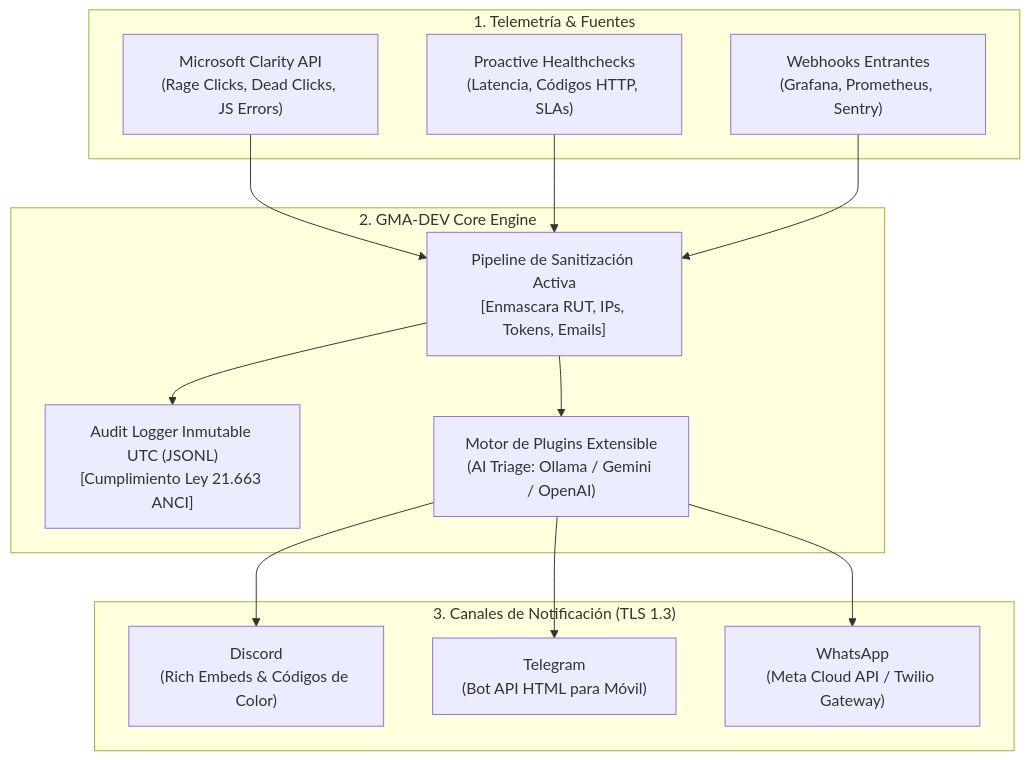
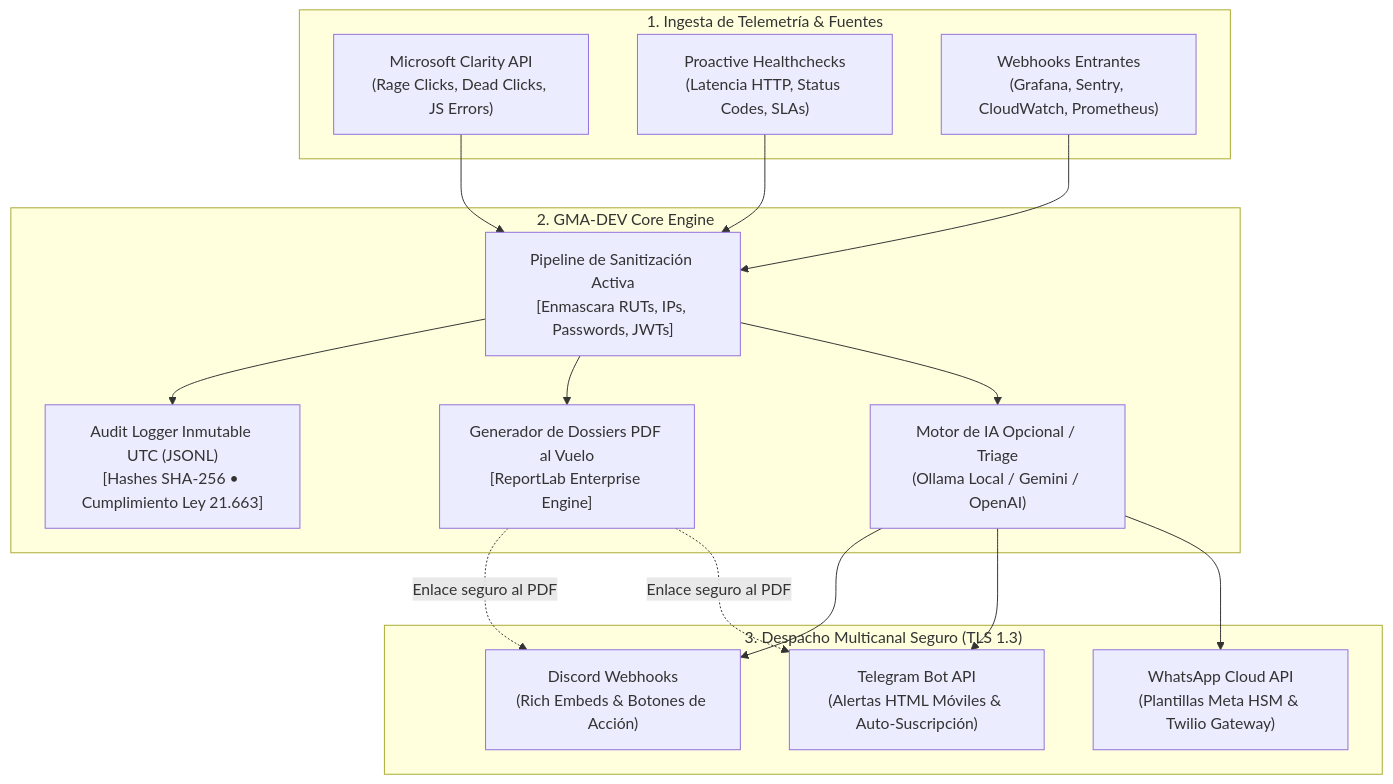
Before and after one commit to DnRT/GMA-DEV: the second of 2 diagrams in README.md, drawn with Mermaid. The commit also changed other lines of this file and 2 other files, not shown here.

````diff
--- a/README.md
+++ b/README.md
@@ -27,29 +75,33 @@
 ```mermaid
 flowchart TD
-    subgraph Ingesta ["1. Telemetría & Fuentes"]
+    subgraph Ingesta ["1. Ingesta de Telemetría & Fuentes"]
         A1["Microsoft Clarity API\n(Rage Clicks, Dead Clicks, JS Errors)"]
-        A2["Proactive Healthchecks\n(Latencia, Códigos HTTP, SLAs)"]
-        A3["Webhooks Entrantes\n(Grafana, Prometheus, Sentry)"]
+        A2["Proactive Healthchecks\n(Latencia HTTP, Status Codes, SLAs)"]
+        A3["Webhooks Entrantes\n(Grafana, Sentry, CloudWatch, Prometheus)"]
     end
 
     subgraph Core ["2. GMA-DEV Core Engine"]
-        B1["Pipeline de Sanitización Activa\n[Enmascara RUT, IPs, Tokens, Emails]"]
-        B2["Audit Logger Inmutable UTC (JSONL)\n[Cumplimiento Ley 21.663 ANCI]"]
-        B3["Motor de Plugins Extensible\n(AI Triage: Ollama / Gemini / OpenAI)"]
+        B1["Pipeline de Sanitización Activa\n[Enmascara RUTs, IPs, Passwords, JWTs]"]
+        B2["Audit Logger Inmutable UTC (JSONL)\n[Hashes SHA-256 • Cumplimiento Ley 21.663]"]
+        B3["Generador de Dossiers PDF al Vuelo\n[ReportLab Enterprise Engine]"]
+        B4["Motor de IA Opcional / Triage\n(Ollama Local / Gemini / OpenAI)"]
     end
 
-    subgraph Canales ["3. Canales de Notificación (TLS 1.3)"]
-        C1["Discord\n(Rich Embeds & Códigos de Color)"]
-        C2["Telegram\n(Bot API HTML para Móvil)"]
-        C3["WhatsApp\n(Meta Cloud API / Twilio Gateway)"]
+    subgraph Canales ["3. Despacho Multicanal Seguro (TLS 1.3)"]
+        C1["Discord Webhooks\n(Rich Embeds & Botones de Acción)"]
+        C2["Telegram Bot API\n(Alertas HTML Móviles & Auto-Suscripción)"]
+        C3["WhatsApp Cloud API\n(Plantillas Meta HSM & Twilio Gateway)"]
     end
 
     A1 --> B1
     A2 --> B1
     A3 --> B1
     B1 --> B2
     B1 --> B3
-    B3 --> C1
-    B3 --> C2
-    B3 --> C3
+    B1 --> B4
+    B4 --> C1
+    B4 --> C2
+    B4 --> C3
+    B3 -.->|"Enlace seguro al PDF"| C1
+    B3 -.->|"Enlace seguro al PDF"| C2
 ```
````
